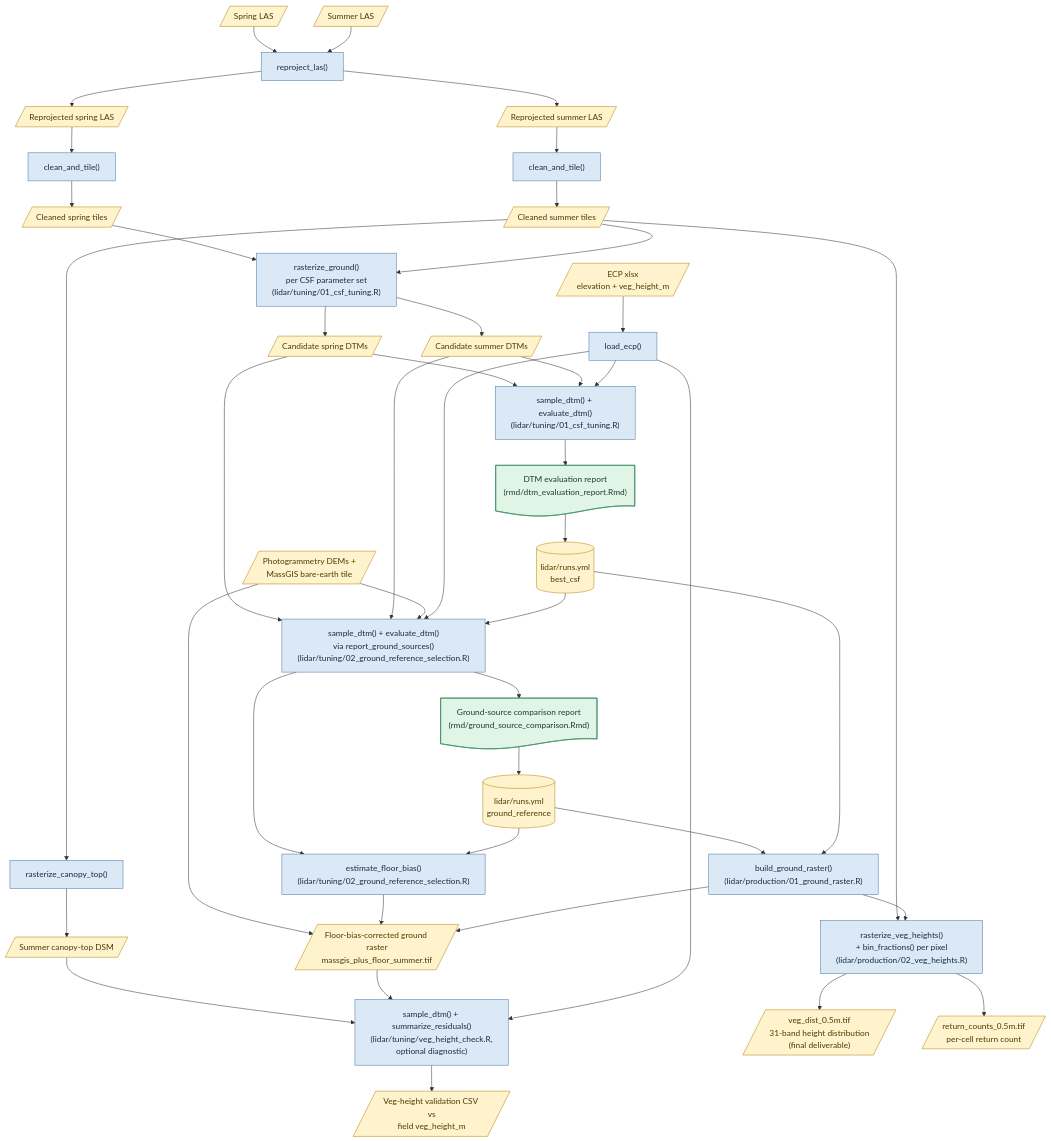
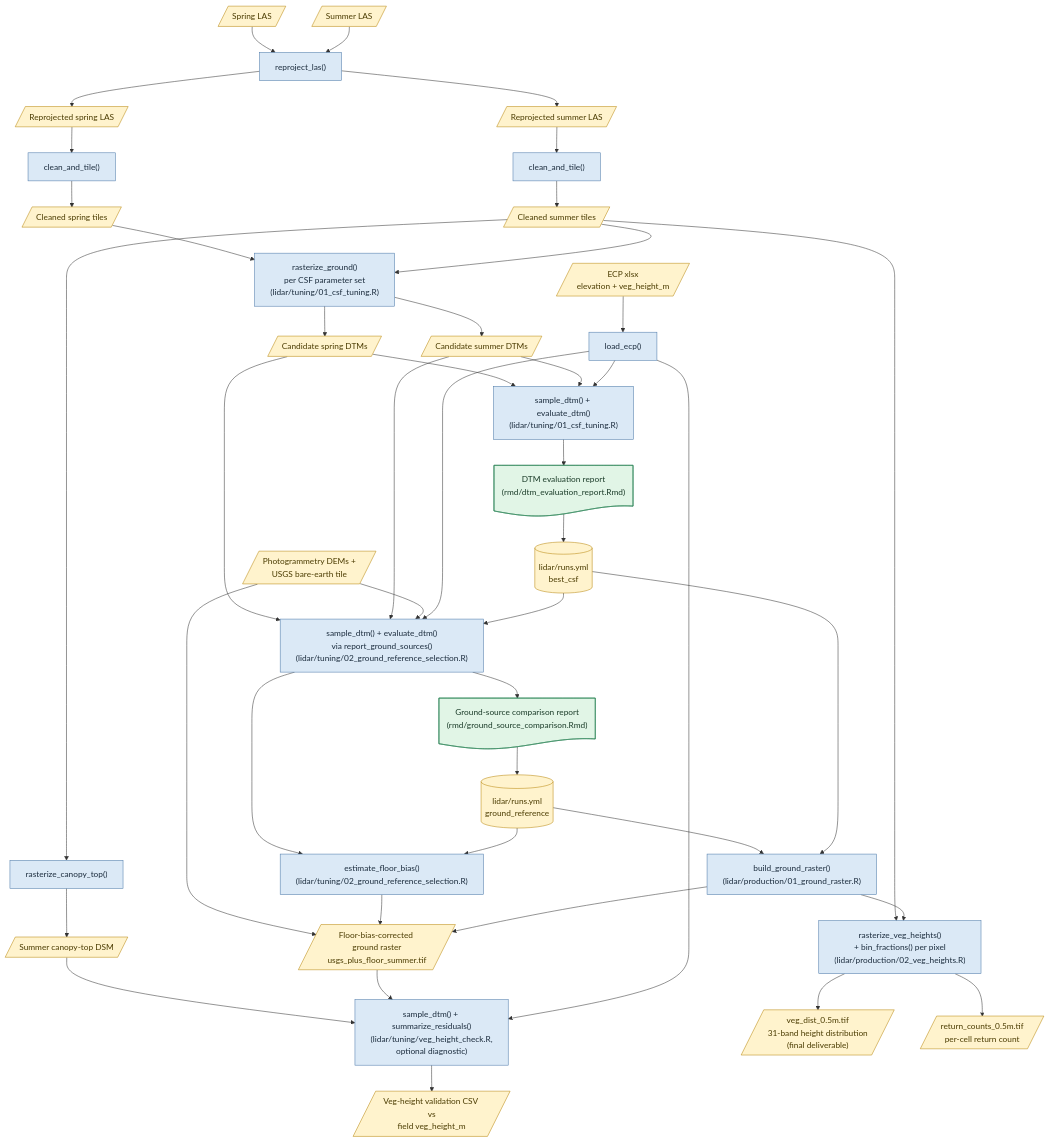
Before and after one commit to UMass-UAS-Salt-Marsh/salt-marsh-work: the diagram in lidar/ARCHITECTURE.md, drawn with Mermaid. The commit also changed other lines of this file and 16 other files, not shown here.

First line of the commit message:
Renamed MassGIS dem to USGS dem to acurately reflect the source

````diff
--- a/lidar/ARCHITECTURE.md
+++ b/lidar/ARCHITECTURE.md
@@ -287,81 +287,81 @@
 ```mermaid
 flowchart TD
     A1[/"Spring LAS"/]
     A2[/"Summer LAS"/]
     A1 --> B0
     A2 --> B0
     B0["reproject_las()"]
     B0 --> C1[/"Reprojected spring LAS"/]
     B0 --> C2[/"Reprojected summer LAS"/]
 
     C1 --> D1
     C2 --> D2
     D1["clean_and_tile()"]
     D2["clean_and_tile()"]
     D1 --> E1[/"Cleaned spring tiles"/]
     D2 --> E2[/"Cleaned summer tiles"/]
 
     ECP[/"ECP xlsx<br/>elevation + veg_height_m"/]
     LE["load_ecp()"]
     ECP --> LE
 
     E1 --> F
     E2 --> F
     F["rasterize_ground()<br/>per CSF parameter set<br/>(lidar/tuning/01_csf_tuning.R)"]
     F --> G1[/"Candidate spring DTMs"/]
     F --> G2[/"Candidate summer DTMs"/]
 
     G1 --> J
     G2 --> J
     LE --> J
     J["sample_dtm() + evaluate_dtm()<br/>(lidar/tuning/01_csf_tuning.R)"]
     K@{ shape: doc, label: "DTM evaluation report<br/>(rmd/dtm_evaluation_report.Rmd)" }
     J --> K
     K --> RUNS[("lidar/runs.yml<br/>best_csf")]
 
-    OTHER[/"Photogrammetry DEMs +<br/>MassGIS bare-earth tile"/]
+    OTHER[/"Photogrammetry DEMs +<br/>USGS bare-earth tile"/]
     G1 --> M
     G2 --> M
     OTHER --> M
     LE --> M
     RUNS --> M
     M["sample_dtm() + evaluate_dtm()<br/>via report_ground_sources()<br/>(lidar/tuning/02_ground_reference_selection.R)"]
     N@{ shape: doc, label: "Ground-source comparison report<br/>(rmd/ground_source_comparison.Rmd)" }
     M --> N
 
     M --> O
     OTHER --> P
     O["estimate_floor_bias()<br/>(lidar/tuning/02_ground_reference_selection.R)"]
-    O --> P[/"Floor-bias-corrected ground raster<br/>massgis_plus_floor_summer.tif"/]
+    O --> P[/"Floor-bias-corrected ground raster<br/>usgs_plus_floor_summer.tif"/]
     N --> RUNS2[("lidar/runs.yml<br/>ground_reference")]
     RUNS2 --> O
 
     RUNS2 --> BGR
     RUNS --> BGR
     BGR["build_ground_raster()<br/>(lidar/production/01_ground_raster.R)"]
     BGR --> P
 
     E2 --> Q
     Q["rasterize_canopy_top()"]
     Q --> R[/"Summer canopy-top DSM"/]
 
     R --> S
     P --> S
     LE --> S
     S["sample_dtm() + summarize_residuals()<br/>(lidar/tuning/veg_height_check.R,<br/>optional diagnostic)"]
     S --> T[/"Veg-height validation CSV vs<br/>field veg_height_m"/]
 
     E2 --> U
     BGR --> U
     U["rasterize_veg_heights()<br/>+ bin_fractions() per pixel<br/>(lidar/production/02_veg_heights.R)"]
     U --> V[/"veg_dist_0.5m.tif<br/>31-band height distribution<br/>(final deliverable)"/]
     U --> W[/"return_counts_0.5m.tif<br/>per-cell return count"/]
 
     classDef process fill:#dbe9f6,stroke:#4a77a8,color:#1a2b3c
     classDef data fill:#fff3cd,stroke:#b8860b,color:#4a3b00
     classDef report fill:#e1f5e6,stroke:#2f855a,color:#1a3b28
 
     class B0,D1,D2,LE,F,J,M,O,Q,S,U,BGR process
     class A1,A2,C1,C2,E1,E2,ECP,G1,G2,OTHER,P,R,T,V,W,RUNS,RUNS2 data
     class K,N report
 ```
````
